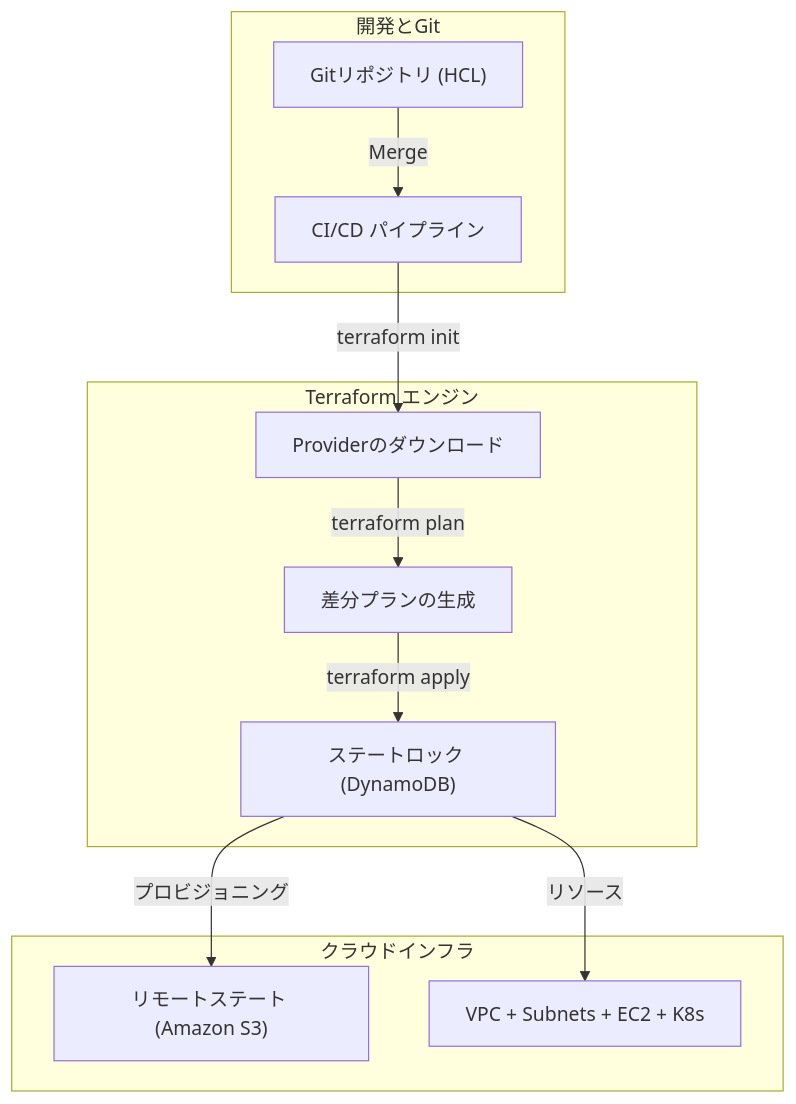
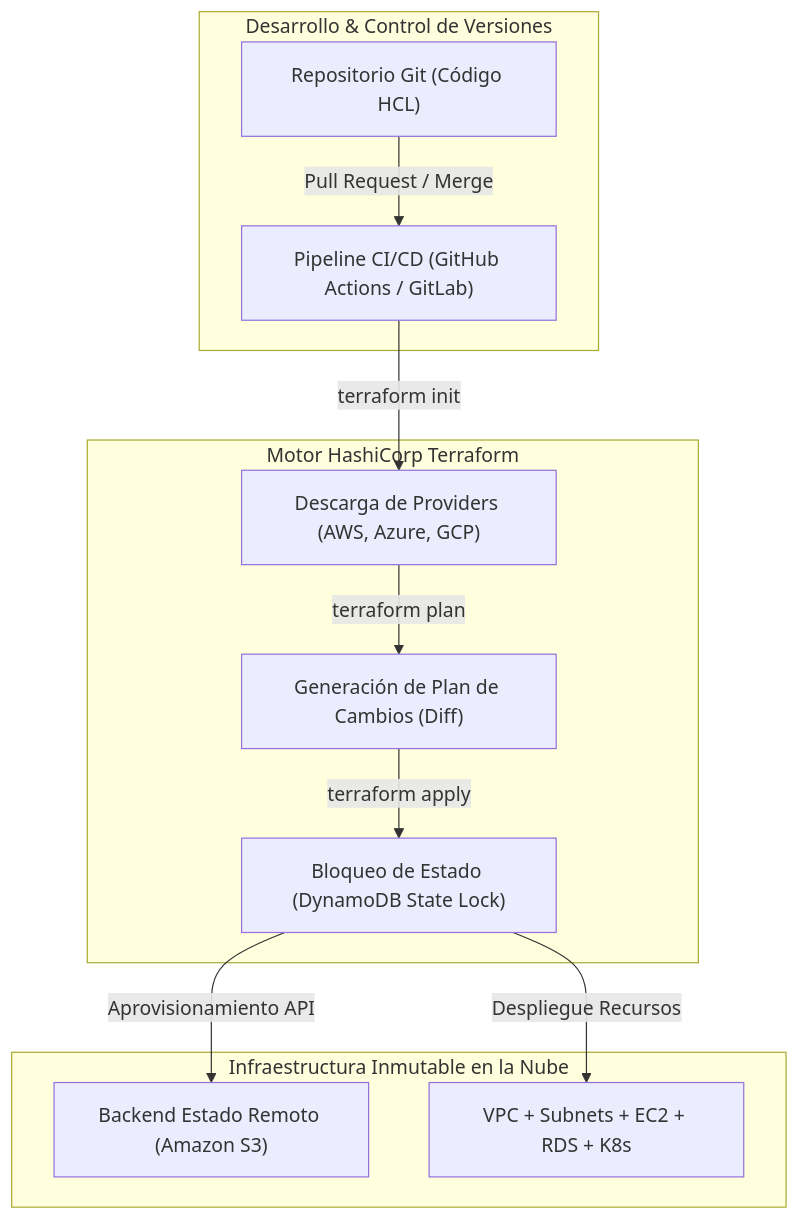
One commit to gjpierp/nmergeia changed the diagram in public/docs/ja/tema_04_iac_terraform.md. Above: the diagram before and after it, drawn with Mermaid. The commit also changed other lines of this file and 230 other files, not shown here.

````diff
--- a/public/docs/ja/tema_04_iac_terraform.md
+++ b/public/docs/ja/tema_04_iac_terraform.md
@@ -7,17 +11,17 @@
 ```mermaid
 flowchart TD
-subgraph sub_1 ["開発とGit"]
-Git["Gitリポジトリ (HCL)"] -->|Merge| CI["CI/CD パイプライン"]
+subgraph sub_1 ["Desarrollo & Control de Versiones"]
+Git["Repositorio Git (Código HCL)"] -->|Pull Request / Merge| CI["Pipeline CI/CD (GitHub Actions / GitLab)"]
 end
 
-subgraph sub_2 ["Terraform エンジン"]
-CI -->|terraform init| Init["Providerのダウンロード"]
-Init -->|terraform plan| Plan["差分プランの生成"]
-Plan -->|terraform apply| Lock["ステートロック (DynamoDB)"]
+subgraph sub_2 ["Motor HashiCorp Terraform"]
+CI -->|terraform init| Init["Descarga de Providers (AWS, Azure, GCP)"]
+Init -->|terraform plan| Plan["Generación de Plan de Cambios (Diff)"]
+Plan -->|terraform apply| Lock["Bloqueo de Estado (DynamoDB State Lock)"]
 end
 
-subgraph sub_3 ["クラウドインフラ"]
-Lock -->|プロビジョニング| S3["リモートステート (Amazon S3)"]
-Lock -->|リソース| Infra["VPC + Subnets + EC2 + K8s"]
+subgraph sub_3 ["Infraestructura Inmutable en la Nube"]
+Lock -->|Aprovisionamiento API| S3["Backend Estado Remoto (Amazon S3)"]
+Lock -->|Despliegue Recursos| Infra["VPC + Subnets + EC2 + RDS + K8s"]
 end
 ```
````
